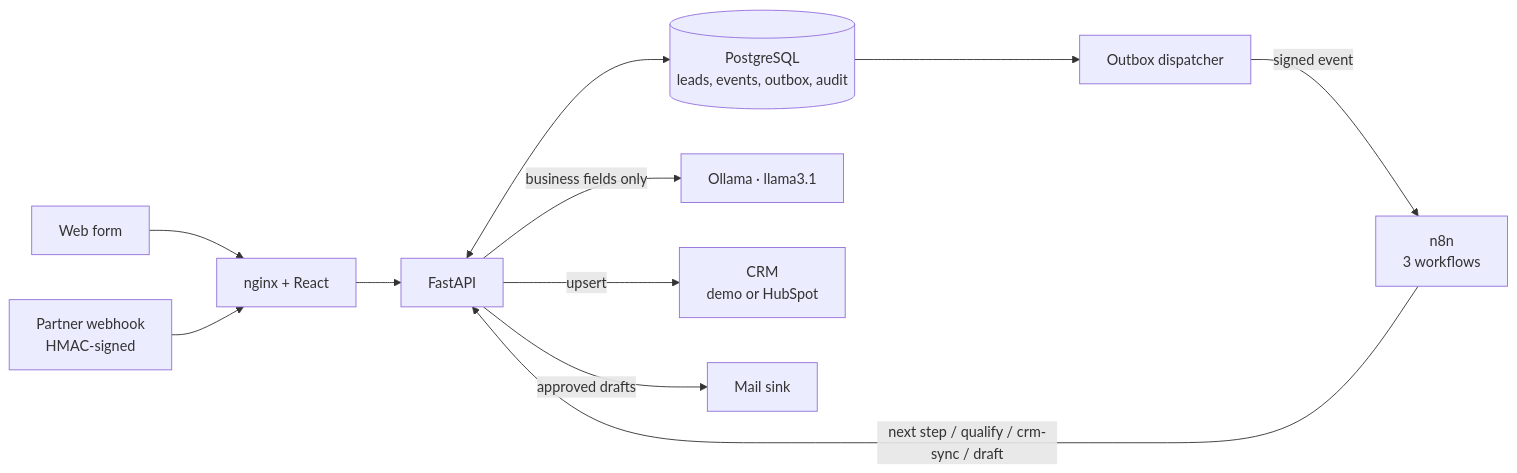
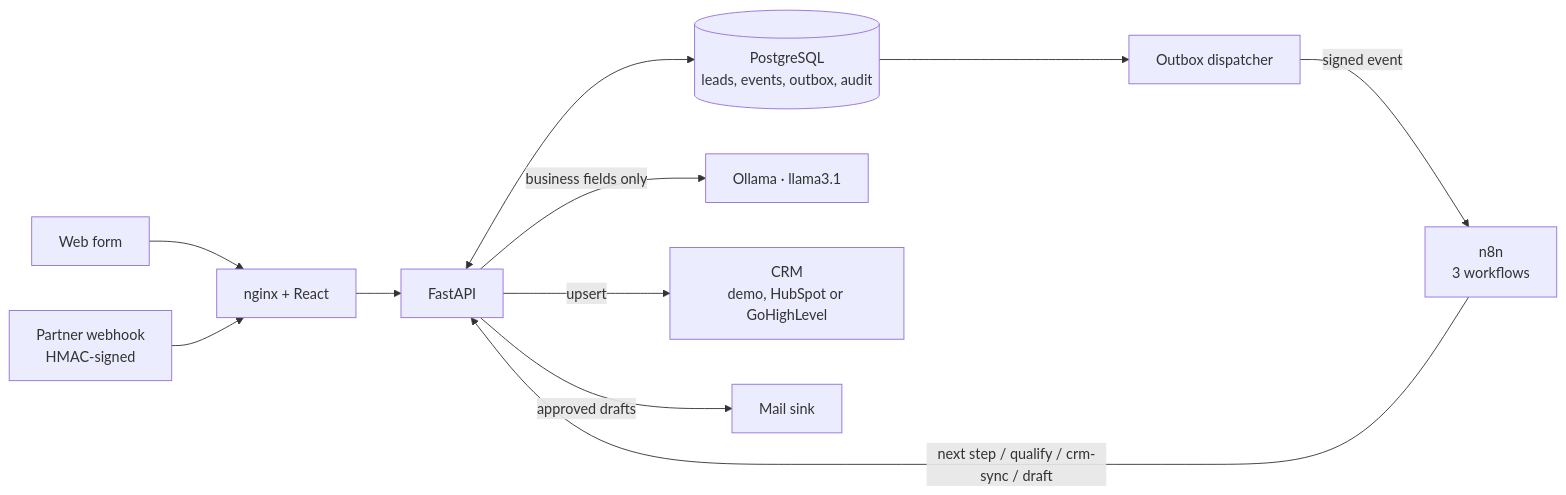
The diagram in README.md (ali-fakhrabadi/ai-lead-qualification-crm-automation), drawn with Mermaid before and after one commit. The commit also changed other lines of this file and 17 other files, not shown here.

First line of the commit message:
Add a GoHighLevel CRM connector with a shared connector base

````diff
--- a/README.md
+++ b/README.md
@@ -35,13 +35,13 @@
 ```mermaid
 flowchart LR
   F[Web form] --> W
   P[Partner webhook<br/>HMAC-signed] --> W
   W[nginx + React] --> A[FastAPI]
   A <--> DB[(PostgreSQL<br/>leads, events, outbox, audit)]
   D[Outbox dispatcher] -- signed event --> N[n8n<br/>3 workflows]
   DB --> D
   N -- next step / qualify / crm-sync / draft --> A
   A -- business fields only --> O[Ollama · llama3.1]
-  A -- upsert --> C[CRM<br/>demo or HubSpot]
+  A -- upsert --> C[CRM<br/>demo, HubSpot or GoHighLevel]
   A -- approved drafts --> M[Mail sink]
 ```
````
